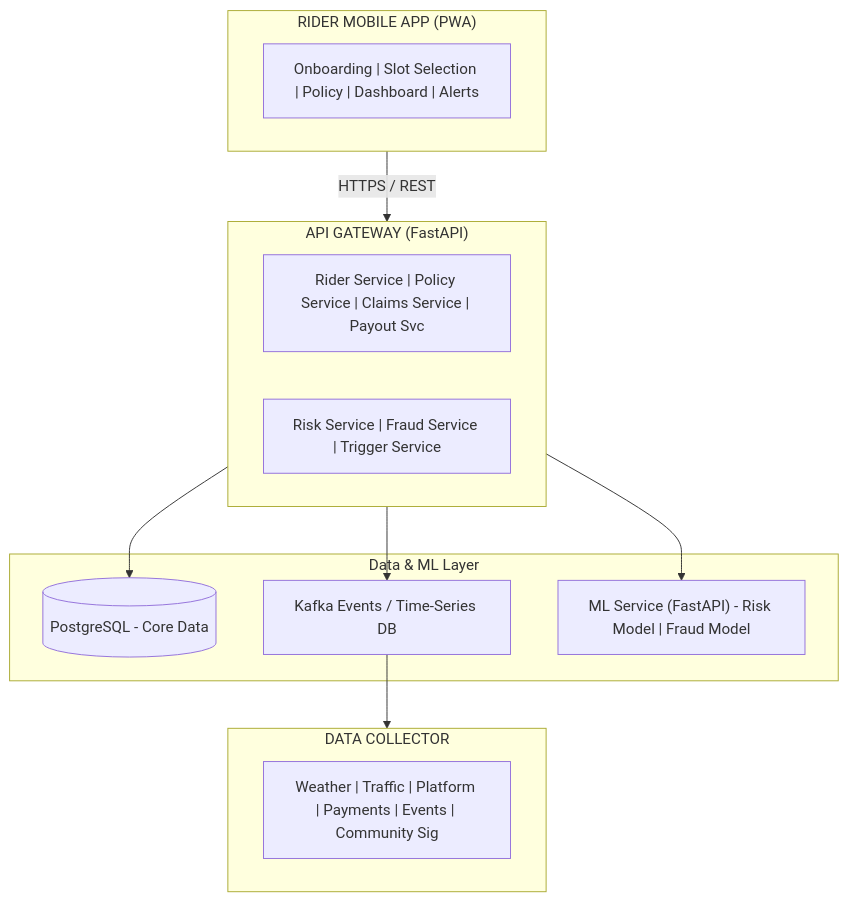
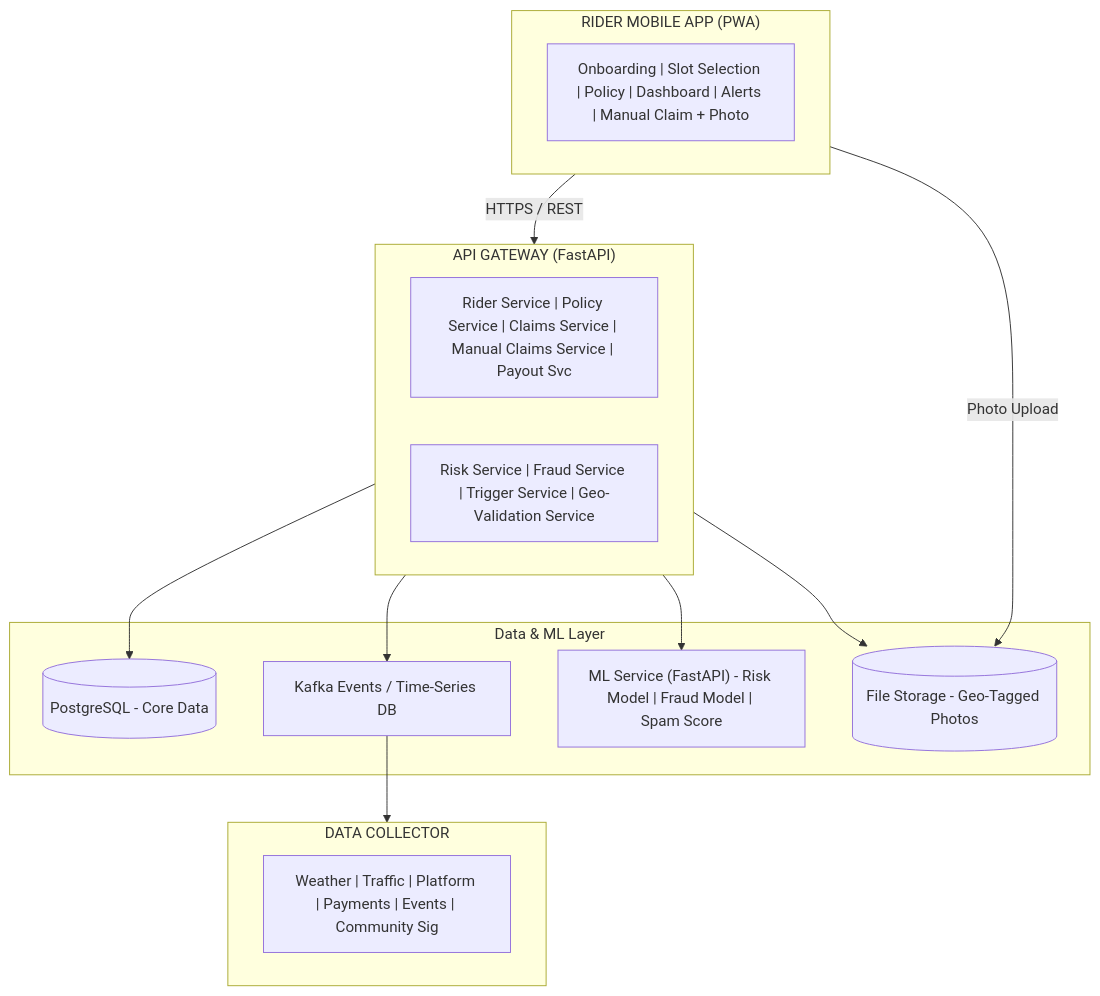
One commit to pankajydv07/GuideWire changed the third of 3 diagrams in README.md. Above: the diagram before and after it, drawn with Mermaid. The commit also changed other lines of this file, not shown here.

Commit message:
docs: fill all remaining README gaps for manual claim feature

````diff
--- a/README.md
+++ b/README.md
@@ -513,27 +518,30 @@
 ```mermaid
 graph TB
     subgraph RiderApp["RIDER MOBILE APP (PWA)"]
-        App["Onboarding | Slot Selection | Policy | Dashboard | Alerts"]
+        App["Onboarding | Slot Selection | Policy | Dashboard | Alerts | Manual Claim + Photo"]
     end
 
     subgraph APIGateway["API GATEWAY (FastAPI)"]
-        Svc1["Rider Service | Policy Service | Claims Service | Payout Svc"]
-        Svc2["Risk Service | Fraud Service | Trigger Service"]
+        Svc1["Rider Service | Policy Service | Claims Service | Manual Claims Service | Payout Svc"]
+        Svc2["Risk Service | Fraud Service | Trigger Service | Geo-Validation Service"]
     end
 
     subgraph DataML["Data & ML Layer"]
         PG[(PostgreSQL - Core Data)]
         Kafka["Kafka Events / Time-Series DB"]
-        ML["ML Service (FastAPI) - Risk Model | Fraud Model"]
+        ML["ML Service (FastAPI) - Risk Model | Fraud Model | Spam Score"]
+        FS[(File Storage - Geo-Tagged Photos)]
     end
 
     subgraph Collector["DATA COLLECTOR"]
         Ext["Weather | Traffic | Platform | Payments | Events | Community Sig"]
     end
 
     RiderApp -->|HTTPS / REST| APIGateway
+    RiderApp -->|Photo Upload| FS
     APIGateway --> PG
     APIGateway --> Kafka
     APIGateway --> ML
+    APIGateway --> FS
     Kafka --> Collector
 ```
````
